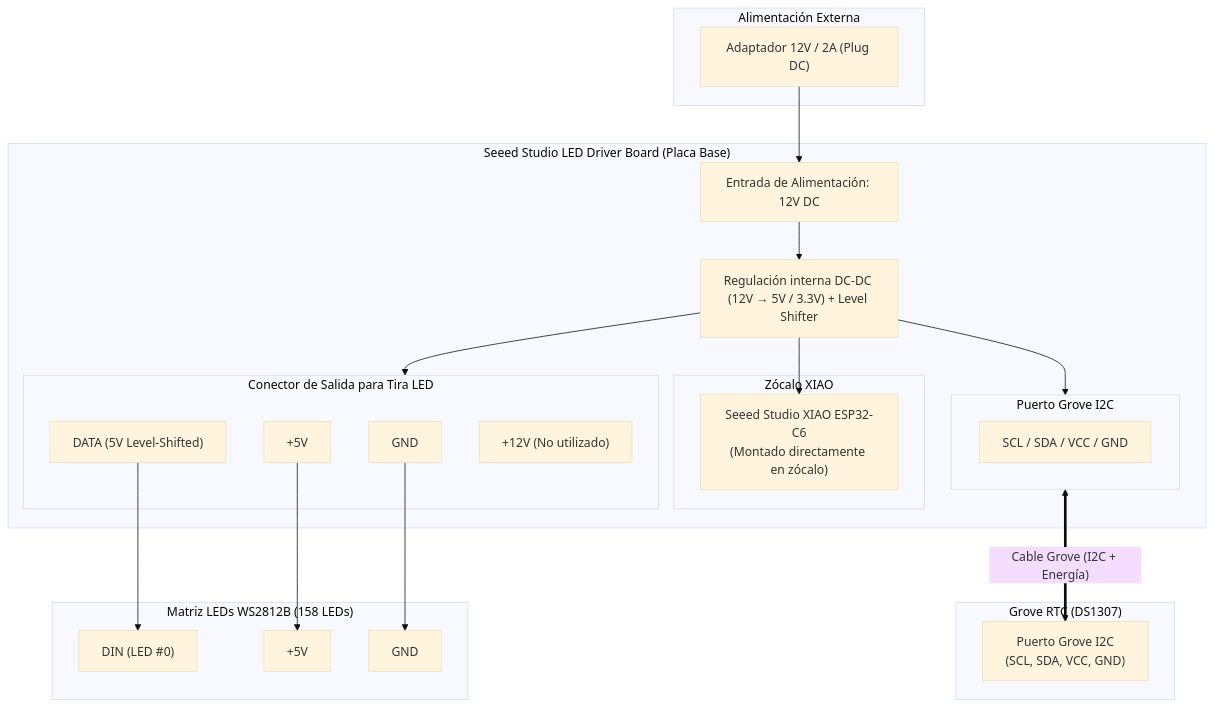
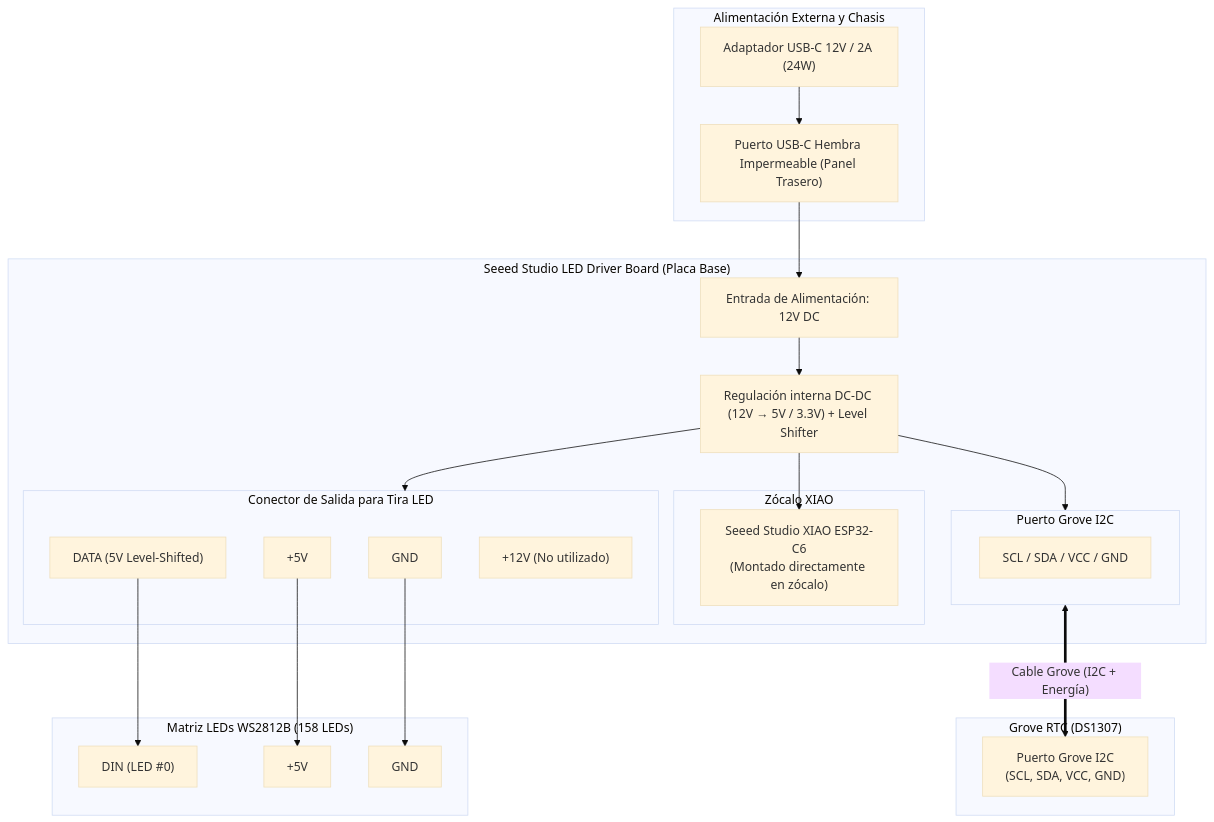
One commit to AINxStep/wordclock-xiao-led changed the diagram in README.md. Above: the diagram before and after it, drawn with Mermaid (base theme). The commit also changed other lines of this file and 1 other file, not shown here.

Commit message:
docs: add official Seeed wiki links and BOM items (USB-C panel port and 12V 2A adapter)

````diff
--- a/README.md
+++ b/README.md
@@ -86,48 +87,50 @@
 ```mermaid
 flowchart TD
-    subgraph PWR["Alimentación Externa"]
-        V12["Adaptador 12V / 2A (Plug DC)"]
+    subgraph PWR["Alimentación Externa y Chasis"]
+        V12["Adaptador USB-C 12V / 2A (24W)"]
+        USBC_PORT["Puerto USB-C Hembra Impermeable (Panel Trasero)"]
     end
 
     subgraph DriverBoard["Seeed Studio LED Driver Board (Placa Base)"]
         DC_IN["Entrada de Alimentación: 12V DC"]
         REG["Regulación interna DC-DC (12V → 5V / 3.3V) + Level Shifter"]
 
         subgraph XiaoSocket["Zócalo XIAO"]
             XIAO["Seeed Studio XIAO ESP32-C6<br>(Montado directamente en zócalo)"]
         end
 
         subgraph GrovePort["Puerto Grove I2C"]
             GROVE_OUT["SCL / SDA / VCC / GND"]
         end
 
         subgraph LedOut["Conector de Salida para Tira LED"]
             OUT_GND["GND"]
             OUT_DAT["DATA (5V Level-Shifted)"]
             OUT_5V["+5V"]
             OUT_12V["+12V (No utilizado)"]
         end
     end
 
     subgraph RTC["Grove RTC (DS1307)"]
         RTC_PORT["Puerto Grove I2C<br>(SCL, SDA, VCC, GND)"]
     end
 
     subgraph Matriz["Matriz LEDs WS2812B (158 LEDs)"]
         LED_DIN["DIN (LED #0)"]
         LED_VCC["+5V"]
         LED_GND["GND"]
     end
 
-    V12 --> DC_IN
+    V12 --> USBC_PORT
+    USBC_PORT --> DC_IN
     DC_IN --> REG
     REG --> XIAO
     REG --> GrovePort
     REG --> LedOut
 
     GrovePort <== Cable Grove (I2C + Energía) ==> RTC_PORT
 
     OUT_DAT --> LED_DIN
     OUT_5V --> LED_VCC
     OUT_GND --> LED_GND
 ```
````
